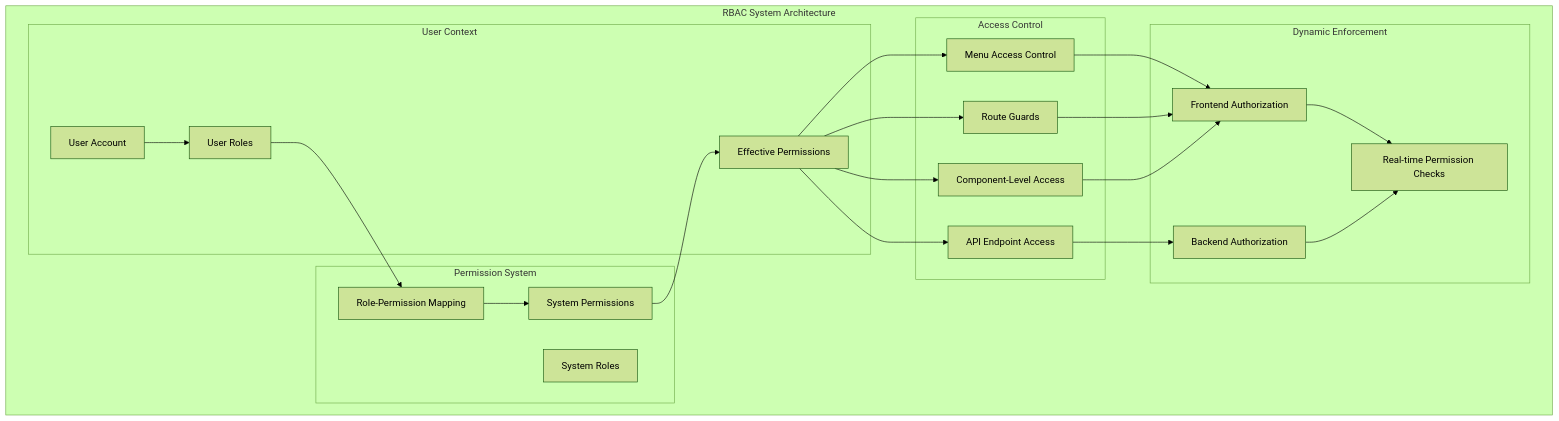
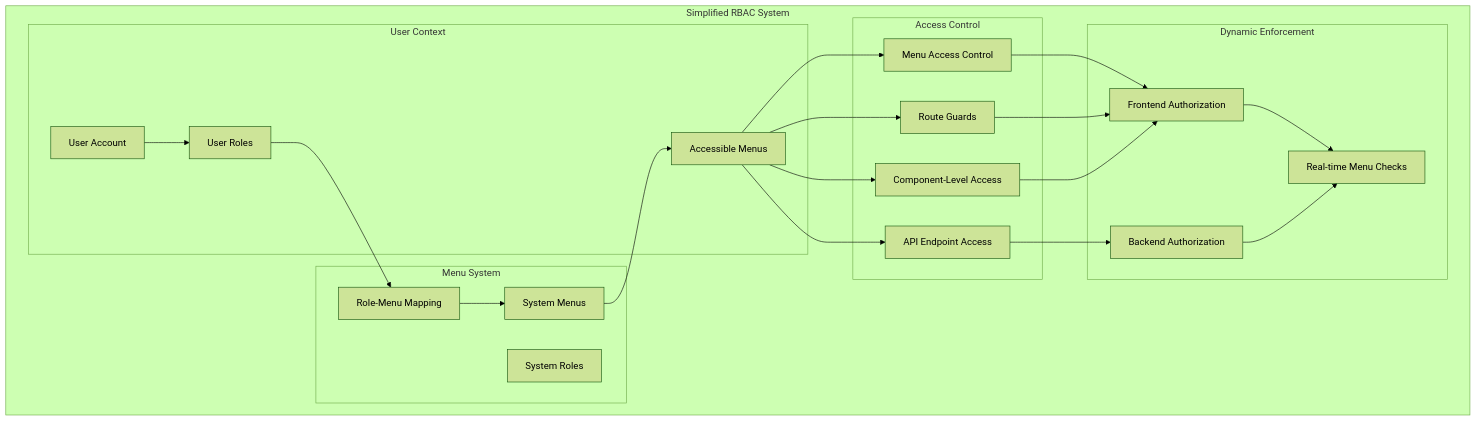
Diagram 16 of 30 in docs/ARCHITECTURE.md (mdabdullahfaruque/StudyBridgeBD), drawn with Mermaid (forest theme) before and after one commit. The commit also changed other lines of this file and 40 other files, not shown here.

First line of the commit message:
feat: Simplify RBAC to Menu-Based Access Control

````diff
--- a/docs/ARCHITECTURE.md
+++ b/docs/ARCHITECTURE.md
@@ -526,47 +526,47 @@
 ```mermaid
 graph TB
-    subgraph "RBAC System Architecture"
+    subgraph "Simplified RBAC System"
         subgraph "User Context"
             USER[User Account]
             USER_ROLES[User Roles]
-            USER_PERMISSIONS[Effective Permissions]
+            USER_MENUS[Accessible Menus]
         end
         
-        subgraph "Permission System"
+        subgraph "Menu System"
             ROLES[System Roles]
-            PERMISSIONS[System Permissions]
-            ROLE_PERMISSIONS[Role-Permission Mapping]
+            MENUS[System Menus]
+            ROLE_MENUS[Role-Menu Mapping]
         end
         
         subgraph "Access Control"
             MENU_ACCESS[Menu Access Control]
             ROUTE_GUARDS[Route Guards]
             COMPONENT_ACCESS[Component-Level Access]
             API_ACCESS[API Endpoint Access]
         end
         
         subgraph "Dynamic Enforcement"
             FRONTEND_AUTH[Frontend Authorization]
             BACKEND_AUTH[Backend Authorization]
-            REAL_TIME_CHECKS[Real-time Permission Checks]
+            REAL_TIME_CHECKS[Real-time Menu Checks]
         end
     end
     
     USER --> USER_ROLES
-    USER_ROLES --> ROLE_PERMISSIONS
-    ROLE_PERMISSIONS --> PERMISSIONS
-    PERMISSIONS --> USER_PERMISSIONS
+    USER_ROLES --> ROLE_MENUS
+    ROLE_MENUS --> MENUS
+    MENUS --> USER_MENUS
     
-    USER_PERMISSIONS --> MENU_ACCESS
-    USER_PERMISSIONS --> ROUTE_GUARDS
-    USER_PERMISSIONS --> COMPONENT_ACCESS
-    USER_PERMISSIONS --> API_ACCESS
+    USER_MENUS --> MENU_ACCESS
+    USER_MENUS --> ROUTE_GUARDS
+    USER_MENUS --> COMPONENT_ACCESS
+    USER_MENUS --> API_ACCESS
     
     MENU_ACCESS --> FRONTEND_AUTH
     ROUTE_GUARDS --> FRONTEND_AUTH
     COMPONENT_ACCESS --> FRONTEND_AUTH
     API_ACCESS --> BACKEND_AUTH
     
     FRONTEND_AUTH --> REAL_TIME_CHECKS
     BACKEND_AUTH --> REAL_TIME_CHECKS
 ```
````
